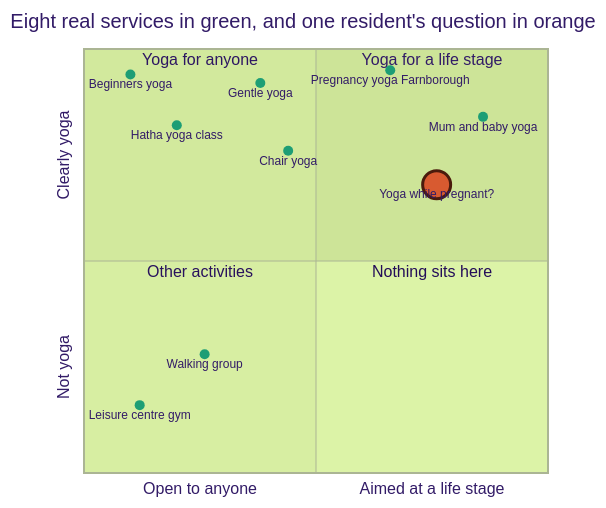
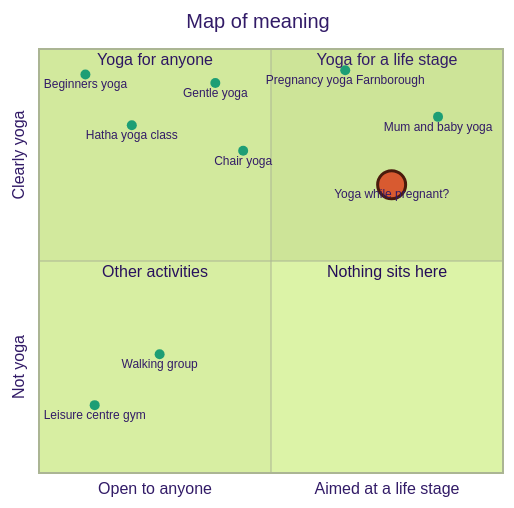
The second of 3 diagrams in design/vector-search-explained.md (iStandUK/ORUK-AlternativeRepresentations), drawn with Mermaid (forest theme) before and after one commit.

Commit message:
docs: shorten the map of meaning chart title
The previous title restated the colour key that the paragraph immediately
above the chart already gives, so it was redundant as well as long.

````diff
--- a/design/vector-search-explained.md
+++ b/design/vector-search-explained.md
@@ -63,19 +63,19 @@
 ```mermaid
 quadrantChart
-    title Eight real services in green, and one resident's question in orange
+    title Map of meaning
     x-axis "Open to anyone" --> "Aimed at a life stage"
     y-axis "Not yoga" --> "Clearly yoga"
     quadrant-1 Yoga for a life stage
     quadrant-2 Yoga for anyone
     quadrant-3 Other activities
     quadrant-4 Nothing sits here
     Beginners yoga: [0.10, 0.94] radius: 5, color: #1D9E75, stroke-color: #0F6E56
     Hatha yoga class: [0.20, 0.82] radius: 5, color: #1D9E75, stroke-color: #0F6E56
     Gentle yoga: [0.38, 0.92] radius: 5, color: #1D9E75, stroke-color: #0F6E56
     Chair yoga: [0.44, 0.76] radius: 5, color: #1D9E75, stroke-color: #0F6E56
     Pregnancy yoga Farnborough: [0.66, 0.95] radius: 5, color: #1D9E75, stroke-color: #0F6E56
     Mum and baby yoga: [0.86, 0.84] radius: 5, color: #1D9E75, stroke-color: #0F6E56
     Leisure centre gym: [0.12, 0.16] radius: 5, color: #1D9E75, stroke-color: #0F6E56
     Walking group: [0.26, 0.28] radius: 5, color: #1D9E75, stroke-color: #0F6E56
     Yoga while pregnant?: [0.76, 0.68] radius: 14, color: #D85A30, stroke-color: #4A1B0C, stroke-width: 3px
 ```
````
